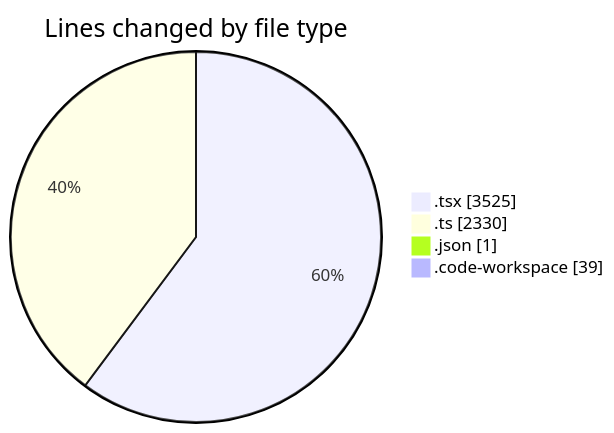
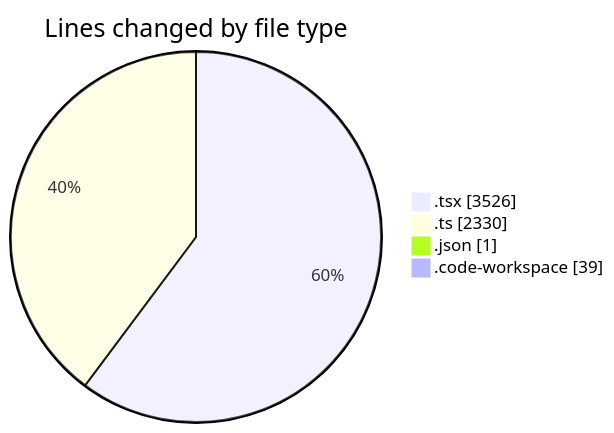
One commit to julien-gomy/code-tracking changed the first of 2 diagrams in 2025-10-08/eventscop-frontend-guide__workspace_/README.md. Above: the diagram before and after it, drawn with Mermaid. The commit also changed other lines of this file and 1 other file, not shown here.

````diff
--- a/2025-10-08/eventscop-frontend-guide__workspace_/README.md
+++ b/2025-10-08/eventscop-frontend-guide__workspace_/README.md
@@ -47,8 +47,8 @@
 ```mermaid
 pie showData
 title Lines changed by file type
-".tsx" : 3525
+".tsx" : 3526
 ".ts" : 2330
 ".json" : 1
 ".code-workspace" : 39
 ```
````
